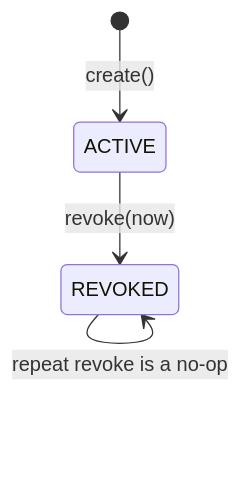
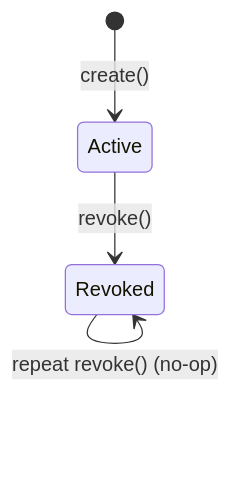
Before and after one commit to khinemyaezin/grab: the third of 3 diagrams in docs/spec/domain/sales-channel/architecture/publishable-key-domain-spec.md, drawn with Mermaid. The commit also changed other lines of this file and 22 other files, not shown here.

````diff
--- a/docs/spec/domain/sales-channel/architecture/publishable-key-domain-spec.md
+++ b/docs/spec/domain/sales-channel/architecture/publishable-key-domain-spec.md
@@ -129,6 +128,6 @@
 ```mermaid
 stateDiagram-v2
-    [*] --> ACTIVE : create()
-    ACTIVE --> REVOKED : revoke(now)
-    REVOKED --> REVOKED : repeat revoke is a no-op
+    [*] --> Active : create()
+    Active --> Revoked : revoke()
+    Revoked --> Revoked : repeat revoke() (no-op)
 ```
````
